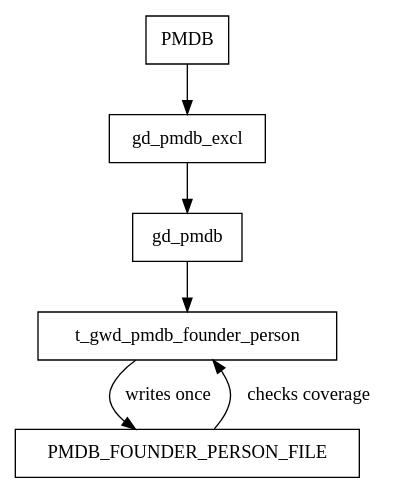
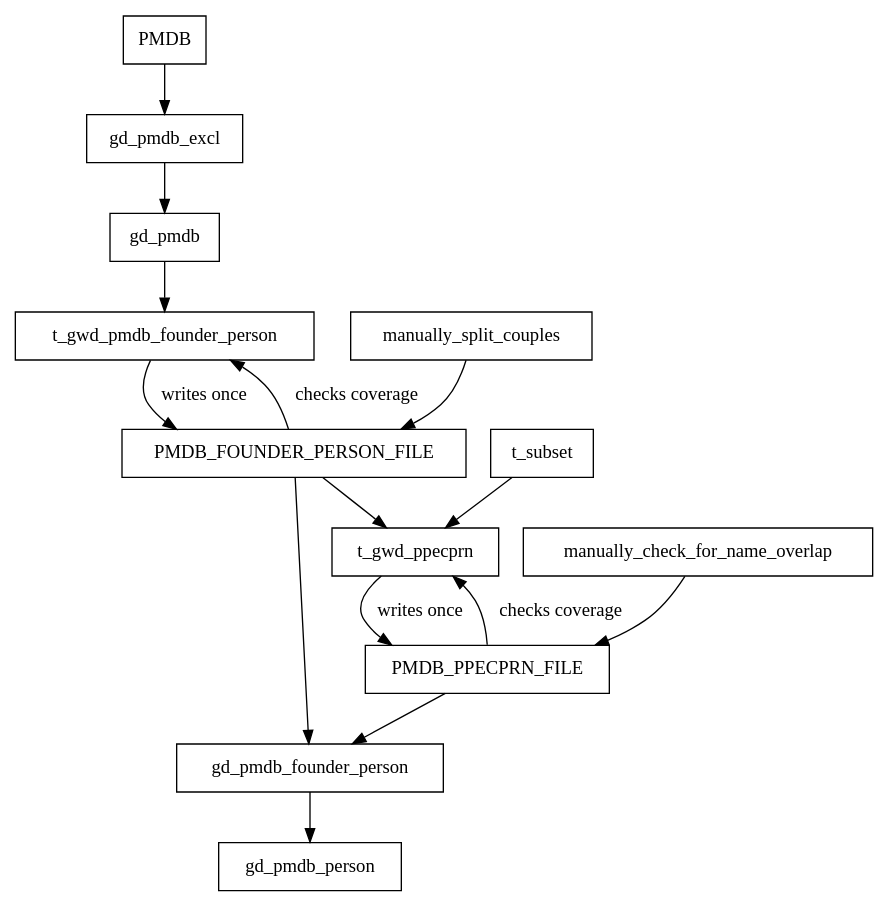
Before and after one commit to swhalemwo/pmdata: the first of 3 diagrams in doc/doc_pmdata.org, drawn with Graphviz. The commit also changed other lines of this file and 3 other files, not shown here.

Commit message:
add gd_pmdb_person, update flowchart names/labels

```diff
--- a/doc/doc_pmdata.org
+++ b/doc/doc_pmdata.org
@@ -5,15 +5,35 @@
 #+begin_src dot :file pmdb_flow.png
 digraph D {
   node[shape = "record"]
   PMDB -> gd_pmdb_excl
   gd_pmdb_excl -> gd_pmdb
 
-  
+
 
   gd_pmdb -> t_gwd_pmdb_founder_person
   PMDB_FOUNDER_PERSON_FILE -> t_gwd_pmdb_founder_person[label="checks coverage"]
   t_gwd_pmdb_founder_person -> PMDB_FOUNDER_PERSON_FILE[label="writes once"]
 
+  manually_split_couples -> PMDB_FOUNDER_PERSON_FILE
+  manually_check_for_name_overlap -> PMDB_PPECPRN_FILE
+
+  PMDB_PPECPRN_FILE -> gd_pmdb_founder_person
+  PMDB_FOUNDER_PERSON_FILE -> gd_pmdb_founder_person
   
+  PMDB_FOUNDER_PERSON_FILE -> t_gwd_ppecprn
+
+  // PMDB_PPECPRN_FILE -> t_gwd_pmdb_ppecprn[label="checks coverage", force=0]
+  // for some reason need dir back here to get proper order..
+  t_subset -> t_gwd_ppecprn
+  t_gwd_ppecprn -> PMDB_PPECPRN_FILE[label="writes once"]
+  t_gwd_ppecprn -> PMDB_PPECPRN_FILE[dir = "back", label="checks coverage"]
+  
+
+  gd_pmdb_founder_person -> gd_pmdb_person
+  
+
+
+
+
 }
 #+end_src
```
